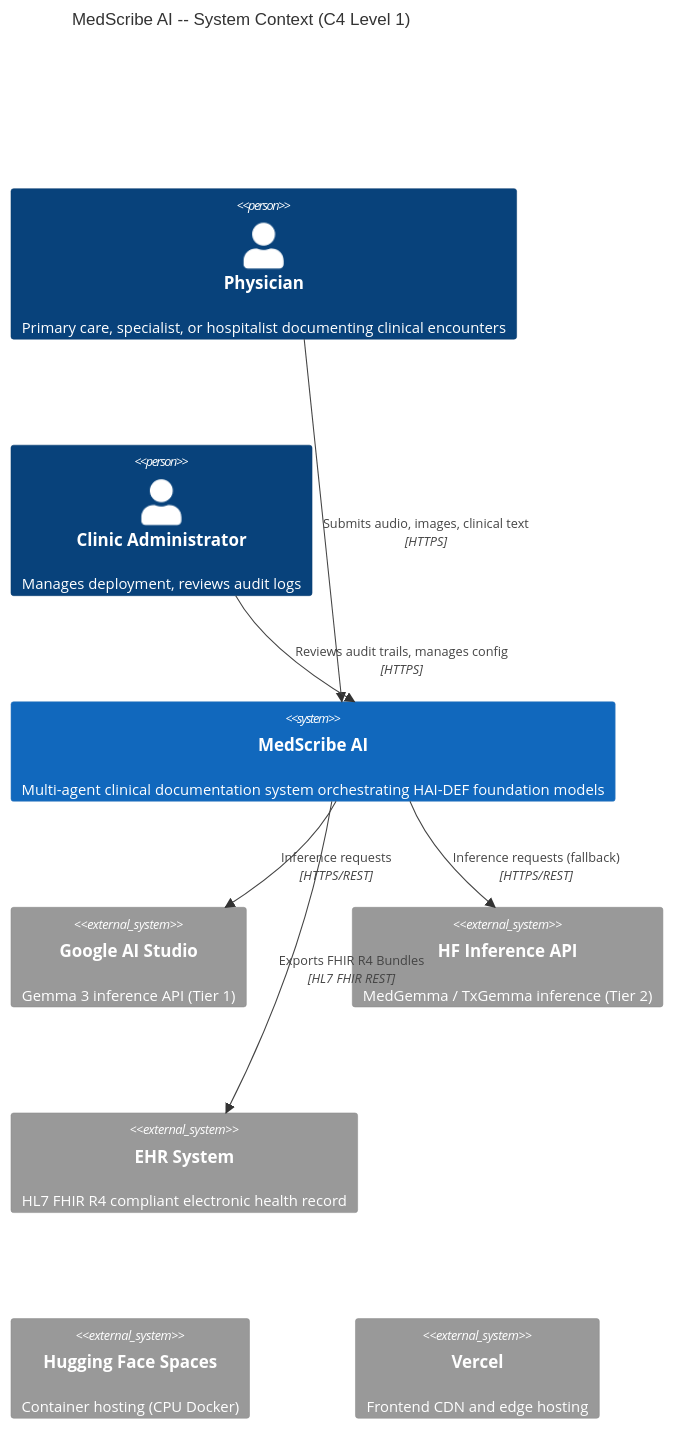
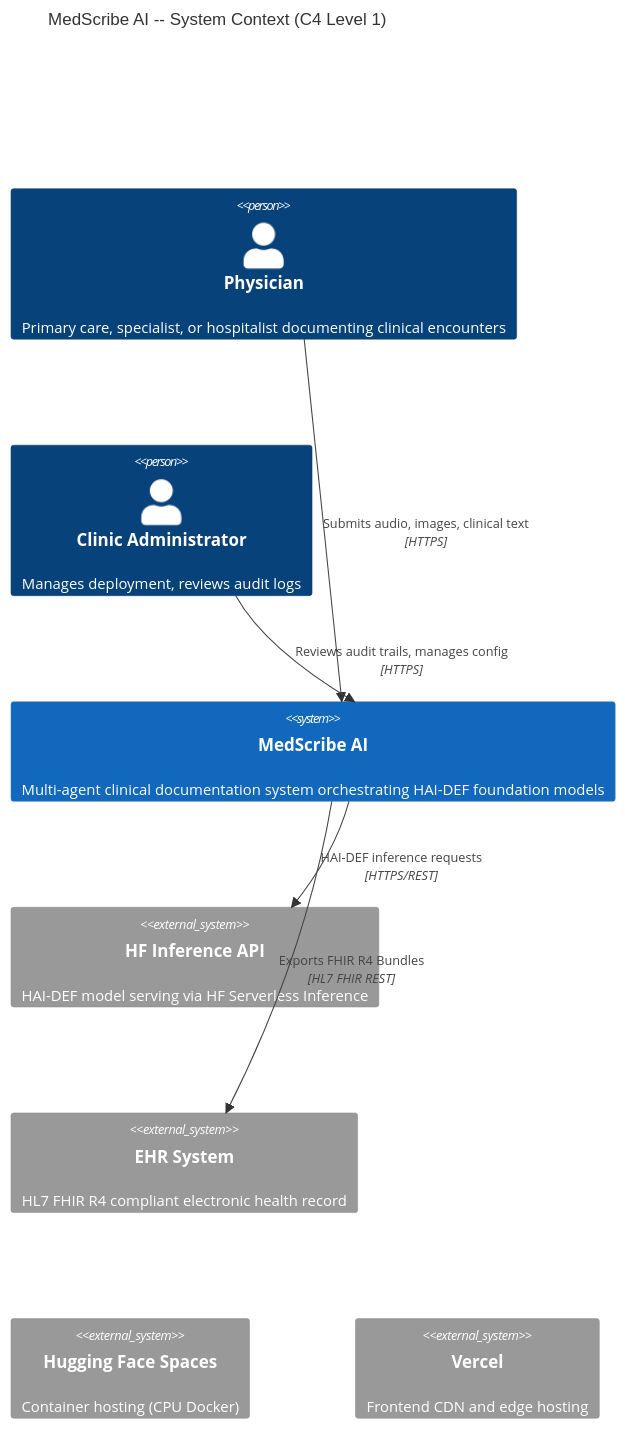
Before and after one commit to steeltroops-ai/med-gemma: the first of 14 diagrams in docs/ARCHITECTURE.md, drawn with Mermaid. The commit also changed other lines of this file and 4 other files, not shown here.

First line of the commit message:
docs: purge all Google AI Studio / Gemma 3 references

````diff
--- a/docs/ARCHITECTURE.md
+++ b/docs/ARCHITECTURE.md
@@ -45,23 +44,21 @@
 ```mermaid
 C4Context
     title MedScribe AI -- System Context (C4 Level 1)
 
     Person(physician, "Physician", "Primary care, specialist, or hospitalist documenting clinical encounters")
     Person(admin, "Clinic Administrator", "Manages deployment, reviews audit logs")
 
     System(medscribe, "MedScribe AI", "Multi-agent clinical documentation system orchestrating HAI-DEF foundation models")
 
-    System_Ext(google_ai, "Google AI Studio", "Gemma 3 inference API (Tier 1)")
-    System_Ext(hf_api, "HF Inference API", "MedGemma / TxGemma inference (Tier 2)")
+    System_Ext(hf_inf, "HF Inference API", "HAI-DEF model serving via HF Serverless Inference")
     System_Ext(ehr, "EHR System", "HL7 FHIR R4 compliant electronic health record")
     System_Ext(hf_spaces, "Hugging Face Spaces", "Container hosting (CPU Docker)")
     System_Ext(vercel, "Vercel", "Frontend CDN and edge hosting")
 
     Rel(physician, medscribe, "Submits audio, images, clinical text", "HTTPS")
-    Rel(medscribe, google_ai, "Inference requests", "HTTPS/REST")
-    Rel(medscribe, hf_api, "Inference requests (fallback)", "HTTPS/REST")
+    Rel(medscribe, hf_inf, "HAI-DEF inference requests", "HTTPS/REST")
     Rel(medscribe, ehr, "Exports FHIR R4 Bundles", "HL7 FHIR REST")
     Rel(admin, medscribe, "Reviews audit trails, manages config", "HTTPS")
 
     UpdateLayoutConfig($c4ShapeInRow="3", $c4BoundaryInRow="1")
 ```
````
